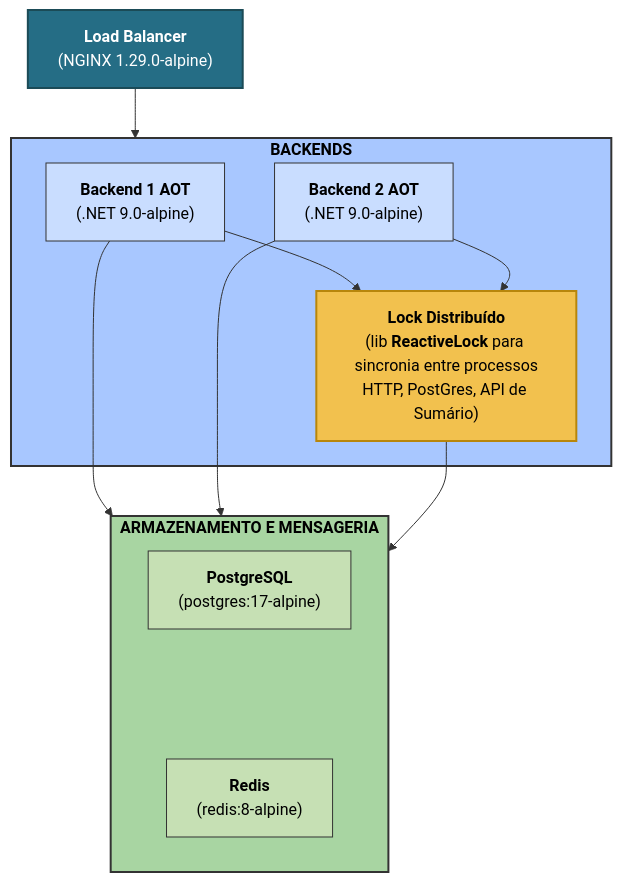
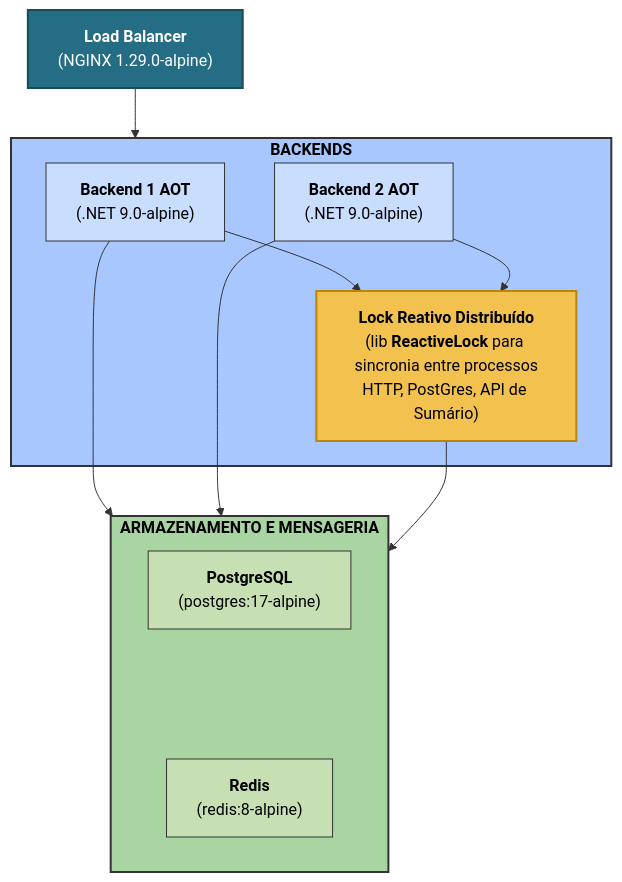
Before and after one commit to micheloliveira-com/rinha-de-backend-2025-dotnet-csharp-redis-grpc: the diagram in README.md, drawn with Mermaid.

Commit message:
refactor: update label for ReactiveLock in diagram for improved clarity

````diff
--- a/README.md
+++ b/README.md
@@ -16,43 +16,43 @@
 ```mermaid
 
 graph TD
   loadBalancer["<b>Load Balancer</b><br />(NGINX 1.29.0-alpine)"]
 
   subgraph backendsGroup["<b>BACKENDS</b>"]
     backend1["<b>Backend 1 AOT</b><br />(.NET 9.0-alpine)"]
     backend2["<b>Backend 2 AOT</b><br />(.NET 9.0-alpine)"]
-    reactiveLock["<b>Lock Distribuído</b><br/>(lib <b>ReactiveLock</b> para sincronia entre processos<br/>HTTP, PostGres, API de Sumário)"]
+    reactiveLock["<b>Lock Reativo Distribuído</b><br/>(lib <b>ReactiveLock</b> para sincronia entre processos<br/>HTTP, PostGres, API de Sumário)"]
   end
 
   subgraph storageGroup["<b>ARMAZENAMENTO E MENSAGERIA</b>"]
     postgres["<b>PostgreSQL</b><br />(postgres:17-alpine)"]
     spacer[" "]:::invisible
     redis["<b>Redis</b><br />(redis:8-alpine)"]
   end
 
   loadBalancer --> backendsGroup
 
   backend1 --> storageGroup
   backend2 --> storageGroup
 
   backend1 --> reactiveLock
   backend2 --> reactiveLock
 
   reactiveLock --> storageGroup
 
   classDef invisible fill:none,stroke:none;
 
   %% Estilos de cor
   style loadBalancer fill:#256D85,stroke:#1B4B57,stroke-width:2px,color:#FFFFFF
 
   style backendsGroup fill:#a8c7ff,stroke:#333,stroke-width:2px,color:#000
   style backend1 fill:#c9ddff,stroke:#333,stroke-width:1px,color:#000
   style backend2 fill:#c9ddff,stroke:#333,stroke-width:1px,color:#000
   style reactiveLock fill:#f2c14e,stroke:#b8860b,stroke-width:2px,color:#000
 
   style storageGroup fill:#a8d5a2,stroke:#333,stroke-width:2px,color:#000
   style postgres fill:#c6e0b4,stroke:#333,stroke-width:1px,color:#000
   style redis fill:#c6e0b4,stroke:#333,stroke-width:1px,color:#000
   
 
 ```
````
